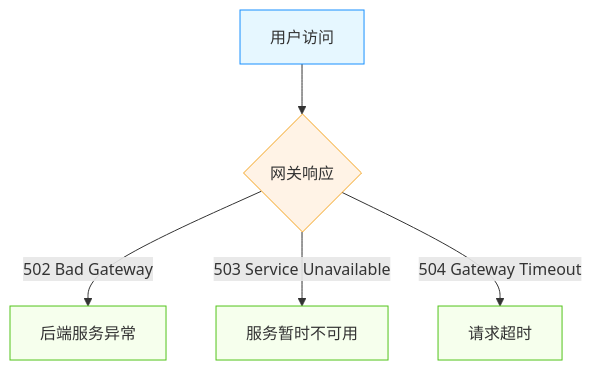
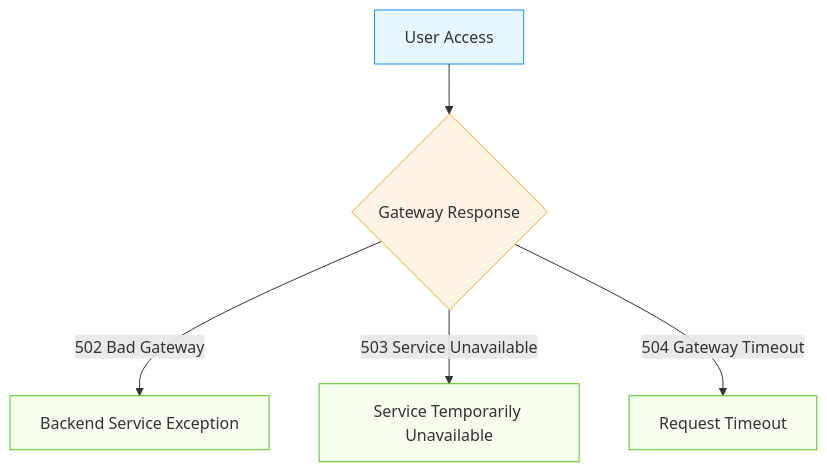
Before and after one commit to goodrain/rainbond-docs: the second of 2 diagrams in docs/troubleshooting/common.md, drawn with Mermaid. The commit also changed other lines of this file and 855 other files, not shown here.

````diff
--- a/docs/troubleshooting/common.md
+++ b/docs/troubleshooting/common.md
@@ -149,13 +149,13 @@
 ```mermaid
 flowchart TD
-    A[用户访问] --> B{网关响应}
-    B -->|502 Bad Gateway| C[后端服务异常]
-    B -->|503 Service Unavailable| D[服务暂时不可用]
-    B -->|504 Gateway Timeout| E[请求超时]
+    A[User Access] --> B{Gateway Response}
+    B -->|502 Bad Gateway| C[Backend Service Exception]
+    B -->|503 Service Unavailable| D[Service Temporarily Unavailable]
+    B -->|504 Gateway Timeout| E[Request Timeout]
     
     style A fill:#e6f7ff,stroke:#1890ff
     style B fill:#fff3e6,stroke:#f5a623
     style C fill:#f6ffed,stroke:#52c41a
     style D fill:#f6ffed,stroke:#52c41a
     style E fill:#f6ffed,stroke:#52c41a
 ```
````
